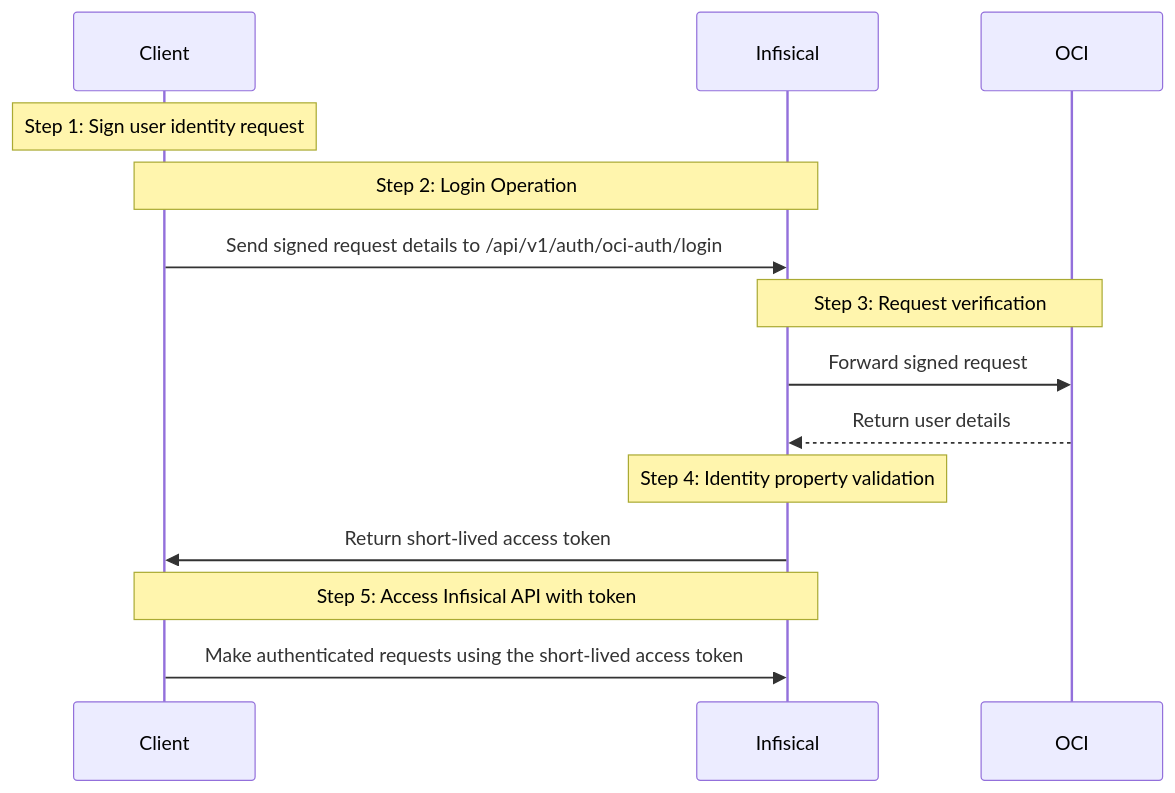
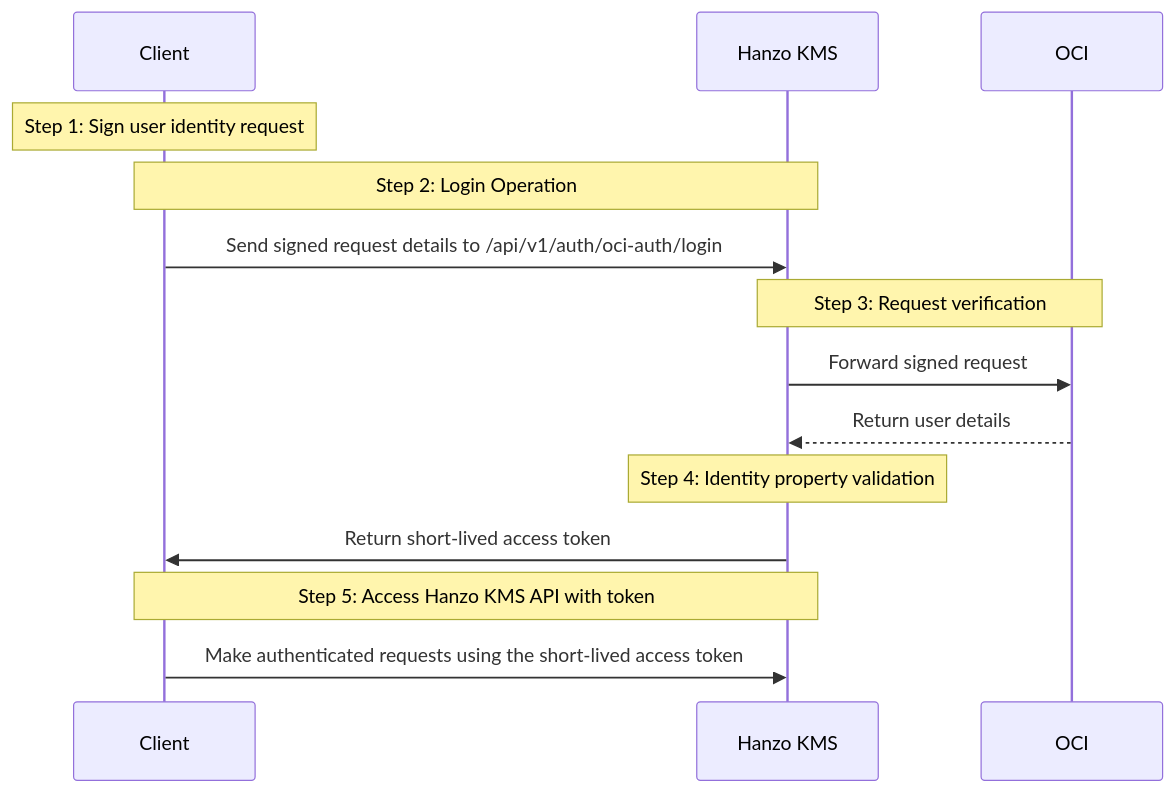
One commit to hanzoai/kms changed the diagram in docs/documentation/platform/identities/oci-auth.mdx. Above: the diagram before and after it, drawn with Mermaid. The commit also changed other lines of this file and 927 other files, not shown here.

First line of the commit message:
feat: complete Hanzo KMS rebranding across upstream merge

````diff
--- a/docs/documentation/platform/identities/oci-auth.mdx
+++ b/docs/documentation/platform/identities/oci-auth.mdx
@@ -12,21 +12,21 @@
 ```mermaid
 sequenceDiagram
   participant Client
-  participant Infisical
+  participant Hanzo KMS
   participant OCI
 
   Note over Client,Client: Step 1: Sign user identity request
 
-  Note over Client,Infisical: Step 2: Login Operation
-  Client->>Infisical: Send signed request details to /api/v1/auth/oci-auth/login
+  Note over Client,Hanzo KMS: Step 2: Login Operation
+  Client->>Hanzo KMS: Send signed request details to /api/v1/auth/oci-auth/login
 
-  Note over Infisical,OCI: Step 3: Request verification
-  Infisical->>OCI: Forward signed request
-  OCI-->>Infisical: Return user details
+  Note over Hanzo KMS,OCI: Step 3: Request verification
+  Hanzo KMS->>OCI: Forward signed request
+  OCI-->>Hanzo KMS: Return user details
 
-  Note over Infisical: Step 4: Identity property validation
-  Infisical->>Client: Return short-lived access token
+  Note over Hanzo KMS: Step 4: Identity property validation
+  Hanzo KMS->>Client: Return short-lived access token
 
-  Note over Client,Infisical: Step 5: Access Infisical API with token
-  Client->>Infisical: Make authenticated requests using the short-lived access token
+  Note over Client,Hanzo KMS: Step 5: Access Hanzo KMS API with token
+  Client->>Hanzo KMS: Make authenticated requests using the short-lived access token
 ```
````
